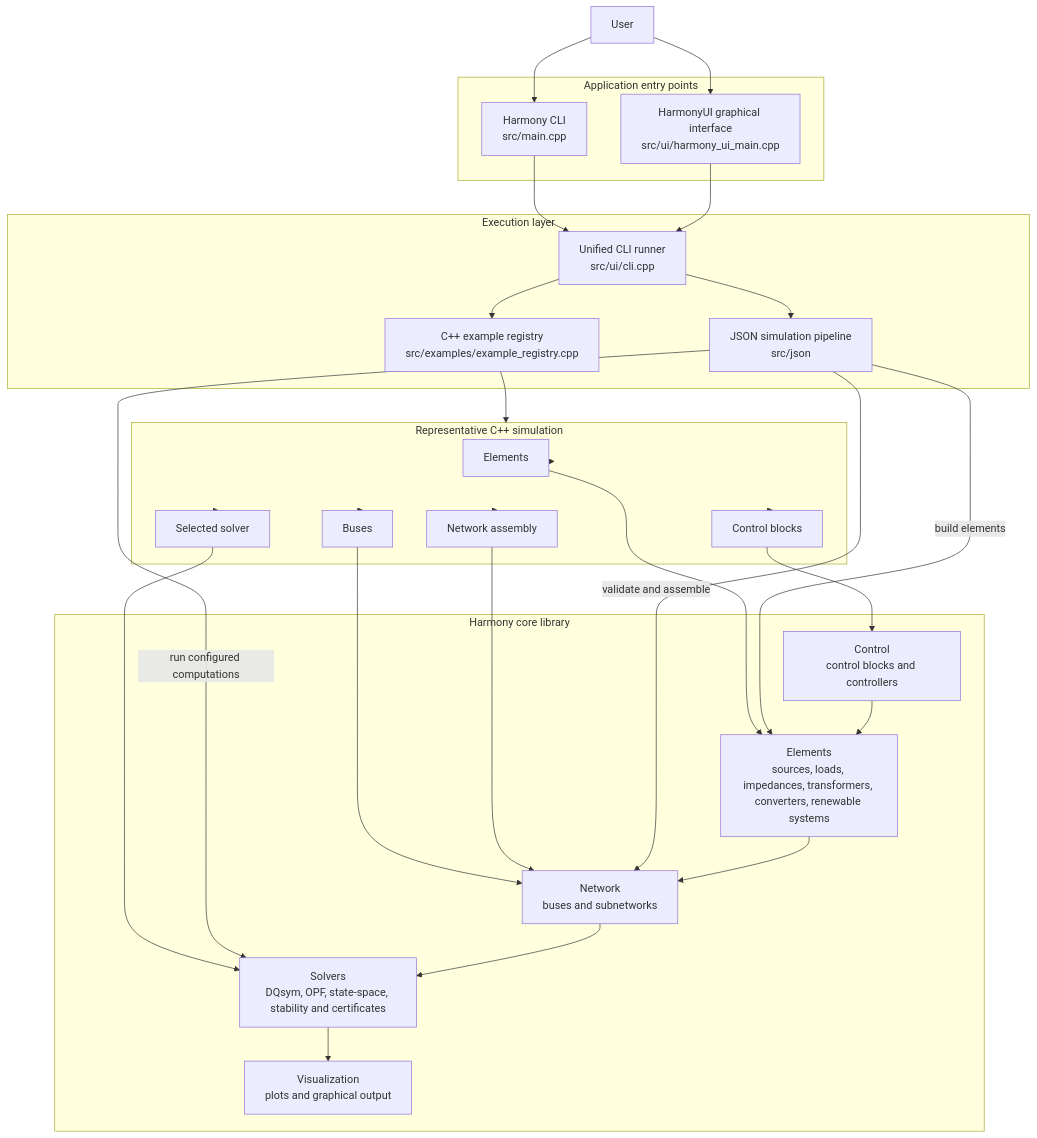
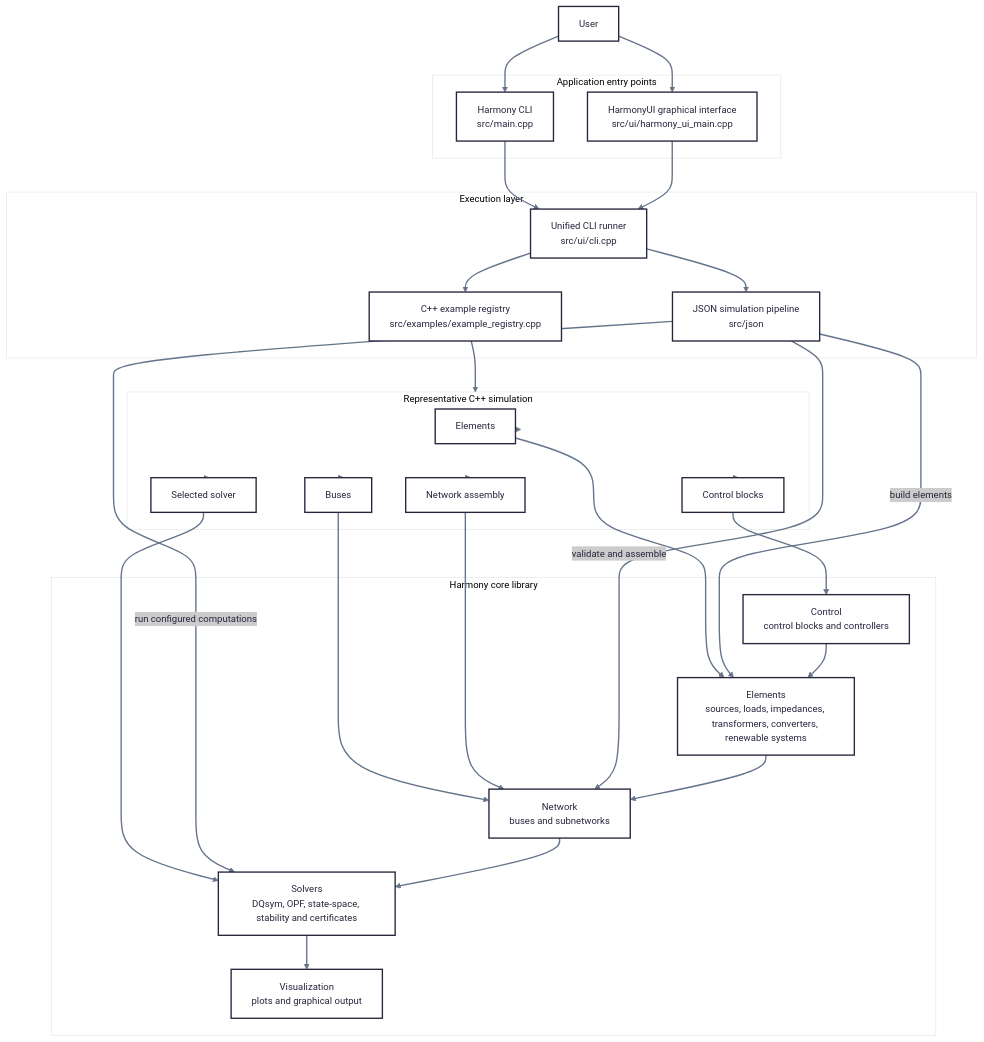
The diagram in architecture.md (yiquintero/tmp), drawn with Mermaid before and after one commit.

Commit message:
Set theme to redux-color
Add Mermaid configuration for flowchart styling

````diff
--- a/architecture.md
+++ b/architecture.md
@@ -2,61 +2,67 @@
 ```mermaid
+---
+config:
+  theme: redux-color
+  themeVariables:
+    lineColor: "#64748B"
+---
 flowchart TD
     USER["User"]
 
     subgraph ENTRY["Application entry points"]
         CLI["Harmony CLI<br/>src/main.cpp"]
         GUI["HarmonyUI graphical interface<br/>src/ui/harmony_ui_main.cpp"]
     end
 
     subgraph RUN["Execution layer"]
         RUNNER["Unified CLI runner<br/>src/ui/cli.cpp"]
         CPPREG["C++ example registry<br/>src/examples/example_registry.cpp"]
         JSON["JSON simulation pipeline<br/>src/json"]
     end
 
     subgraph CORE["Harmony core library"]
         ELEMENTS["Elements<br/>sources, loads, impedances, transformers, converters, renewable systems"]
         CONTROL["Control<br/>control blocks and controllers"]
         NETWORK["Network<br/>buses and subnetworks"]
         SOLVERS["Solvers<br/>DQsym, OPF, state-space, stability and certificates"]
         VIS["Visualization<br/>plots and graphical output"]
     end
 
     subgraph EXAMPLE["Representative C++ simulation"]
         EXELEMENT["Elements"]
         EXCONTROL["Control blocks"]
         EXBUS["Buses"]
         EXNETWORK["Network assembly"]
         EXSOLVER["Selected solver"]
     end
 
     USER --> CLI
     USER --> GUI
     CLI --> RUNNER
     GUI --> RUNNER
 
     RUNNER --> CPPREG
     RUNNER --> JSON
 
     CPPREG --> EXAMPLE
     EXAMPLE --> EXELEMENT
     EXAMPLE --> EXCONTROL
     EXAMPLE --> EXBUS
     EXAMPLE --> EXNETWORK
     EXAMPLE --> EXSOLVER
 
     EXELEMENT --> ELEMENTS
     EXCONTROL --> CONTROL
     EXBUS --> NETWORK
     EXNETWORK --> NETWORK
     EXSOLVER --> SOLVERS
 
     JSON -->|"validate and assemble"| NETWORK
     JSON -->|"build elements"| ELEMENTS
     JSON -->|"run configured computations"| SOLVERS
 
     ELEMENTS --> NETWORK
     CONTROL --> ELEMENTS
     NETWORK --> SOLVERS
     SOLVERS --> VIS
 ```
````
